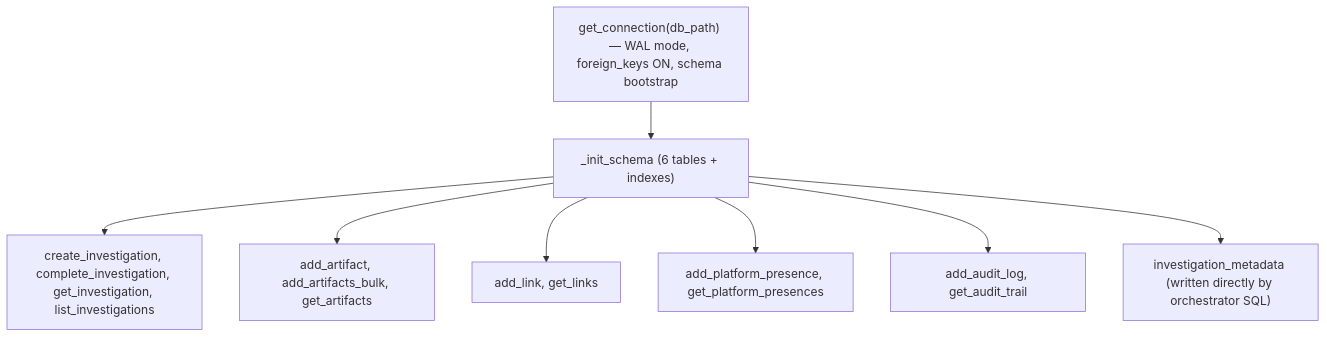
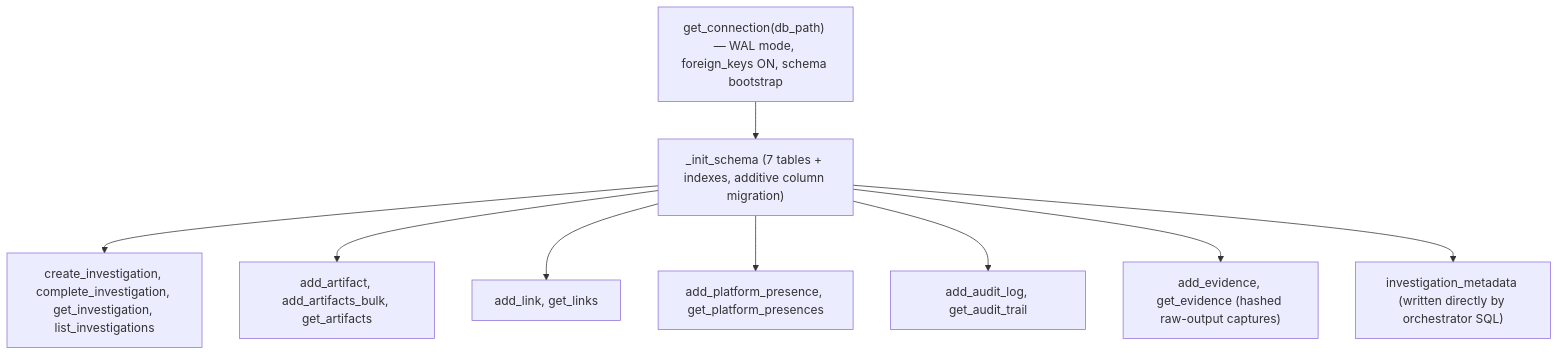
Before and after one commit to dhayarajas/gih: the eighth of 13 diagrams in docs/ARCHITECTURE.md, drawn with Mermaid. The commit also changed other lines of this file and 3 other files, not shown here.

````diff
--- a/docs/ARCHITECTURE.md
+++ b/docs/ARCHITECTURE.md
@@ -370,19 +381,21 @@
 ```mermaid
 graph TD
     CONN["get_connection(db_path) — WAL mode, foreign_keys ON, schema bootstrap"]
-    SCHEMA["_init_schema (6 tables + indexes)"]
+    SCHEMA["_init_schema (7 tables + indexes, additive column migration)"]
     INVOPS["create_investigation, complete_investigation, get_investigation, list_investigations"]
     ARTOPS["add_artifact, add_artifacts_bulk, get_artifacts"]
     LNKOPS["add_link, get_links"]
     PRSOPS["add_platform_presence, get_platform_presences"]
     AUDOPS["add_audit_log, get_audit_trail"]
+    EVOPS["add_evidence, get_evidence (hashed raw-output captures)"]
     METAOPS["investigation_metadata (written directly by orchestrator SQL)"]
 
     CONN --> SCHEMA
     SCHEMA --> INVOPS
     SCHEMA --> ARTOPS
     SCHEMA --> LNKOPS
     SCHEMA --> PRSOPS
     SCHEMA --> AUDOPS
+    SCHEMA --> EVOPS
     SCHEMA --> METAOPS
 ```
````
